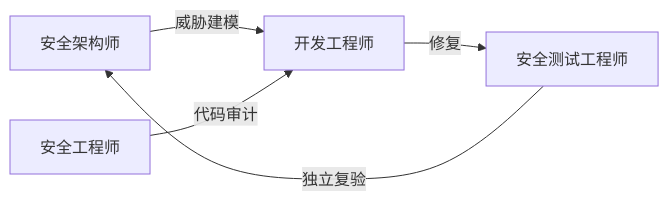
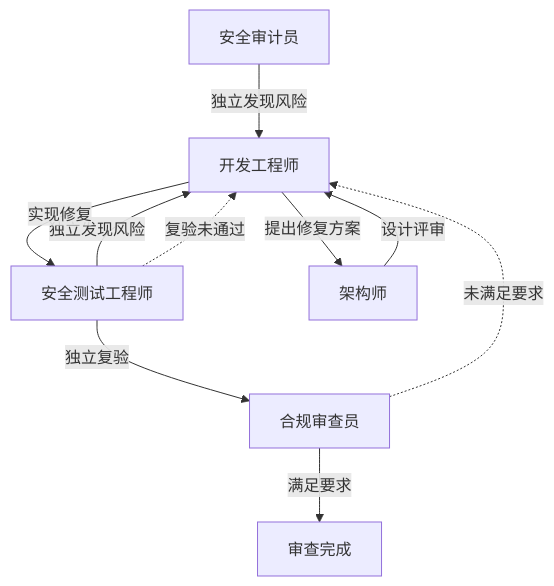
The fourth of 6 diagrams in README.md (icylight/pi-tavern), drawn with Mermaid before and after one commit. The commit also changed other lines of this file and 4 other files, not shown here.

First line of the commit message:
docs(refactor): Phase 5 收口——ADR-0005 Accepted + 五层依赖图 + README 场景章节重写（#58） (#75)

````diff
--- a/README.md
+++ b/README.md
@@ -91,7 +108,12 @@
 ```mermaid
-flowchart LR
-    SA["安全架构师"] -->|"威胁建模"| DE["开发工程师"]
-    SE["安全工程师"] -->|"代码审计"| DE
-    DE -->|"修复"| ST["安全测试工程师"]
-    ST -->|"独立复验"| SA
+flowchart TD
+    AU["安全审计员"] -->|"独立发现风险"| DV["开发工程师"]
+    ST["安全测试工程师"] -->|"独立发现风险"| DV
+    DV -->|"提出修复方案"| AR["架构师"]
+    AR -->|"设计评审"| DV
+    DV -->|"实现修复"| ST
+    ST -->|"独立复验"| CO["合规审查员"]
+    CO -->|"满足要求"| DONE["审查完成"]
+    ST -.->|"复验未通过"| DV
+    CO -.->|"未满足要求"| DV
 ```
````
